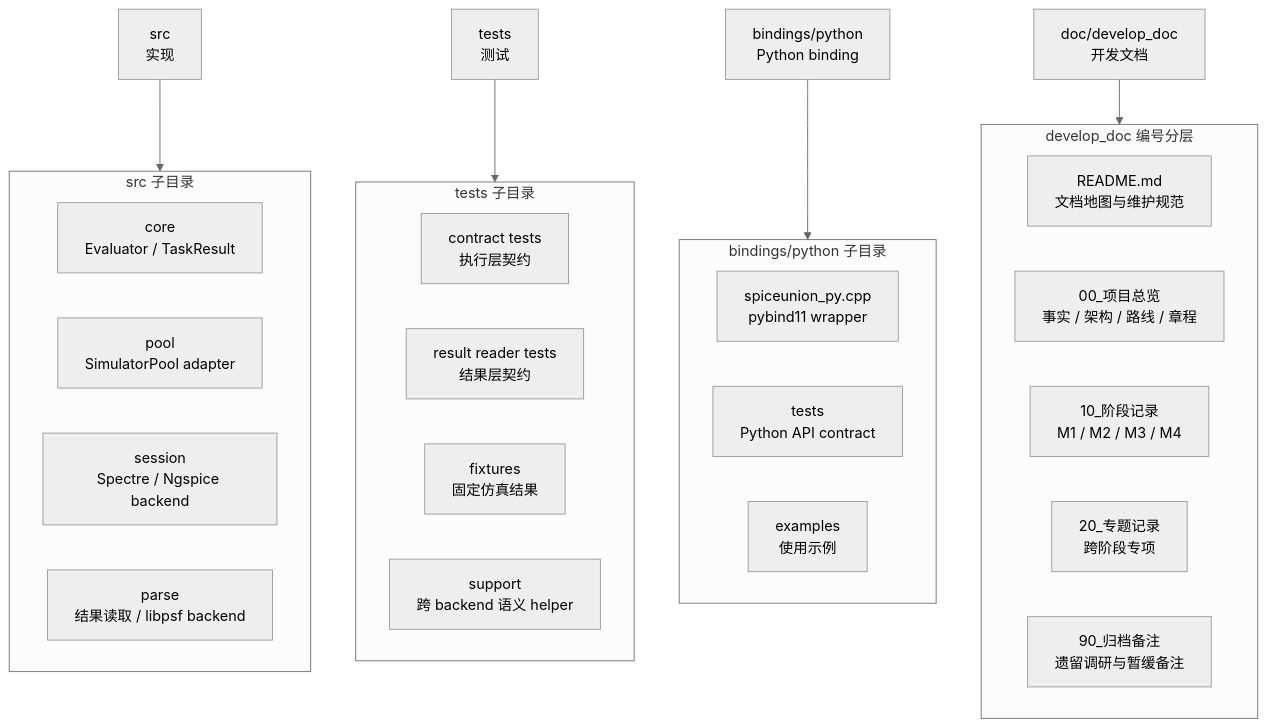
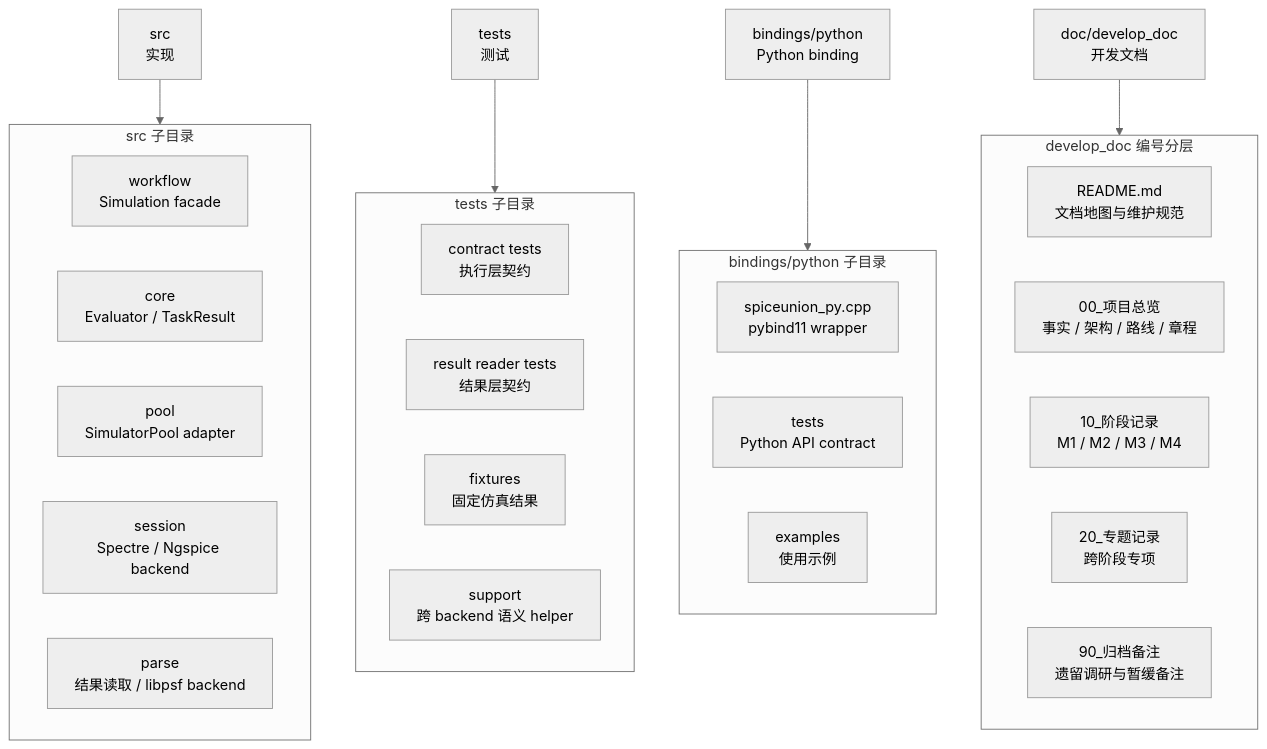
One commit to Snappersontheprowl/SPICEUnion changed the sixth of 6 diagrams in doc/develop_doc/00_项目总览/02_架构总览.md. Above: the diagram before and after it, drawn with Mermaid (neutral theme). The commit also changed other lines of this file and 17 other files, not shown here.

````diff
--- a/doc/develop_doc/00_项目总览/02_架构总览.md
+++ b/doc/develop_doc/00_项目总览/02_架构总览.md
@@ -281,40 +312,41 @@
 ```mermaid
 flowchart TB
     Src["src<br/>实现"]
     Tests["tests<br/>测试"]
     Bindings["bindings/python<br/>Python binding"]
     Docs["doc/develop_doc<br/>开发文档"]
 
     subgraph SrcDirs["src 子目录"]
+        WorkflowSrc["workflow<br/>Simulation facade"]
         CoreSrc["core<br/>Evaluator / TaskResult"]
         PoolSrc["pool<br/>SimulatorPool adapter"]
         SessionSrc["session<br/>Spectre / Ngspice backend"]
         ParseSrc["parse<br/>结果读取 / libpsf backend"]
     end
 
     subgraph TestDirs["tests 子目录"]
         ContractTests["contract tests<br/>执行层契约"]
         ResultTests["result reader tests<br/>结果层契约"]
         FixtureTests["fixtures<br/>固定仿真结果"]
         SemanticTests["support<br/>跨 backend 语义 helper"]
     end
 
     subgraph PyDirs["bindings/python 子目录"]
         PyCpp["spiceunion_py.cpp<br/>pybind11 wrapper"]
         PyTests["tests<br/>Python API contract"]
         PyExamples["examples<br/>使用示例"]
     end
 
     subgraph DocFiles["develop_doc 编号分层"]
         DocRoot["README.md<br/>文档地图与维护规范"]
         Overview["00_项目总览<br/>事实 / 架构 / 路线 / 章程"]
         Milestones["10_阶段记录<br/>M1 / M2 / M3 / M4"]
         Topics["20_专题记录<br/>跨阶段专项"]
         Archive["90_归档备注<br/>遗留调研与暂缓备注"]
     end
 
     Src --> SrcDirs
     Tests --> TestDirs
     Bindings --> PyDirs
     Docs --> DocFiles
 ```
````
